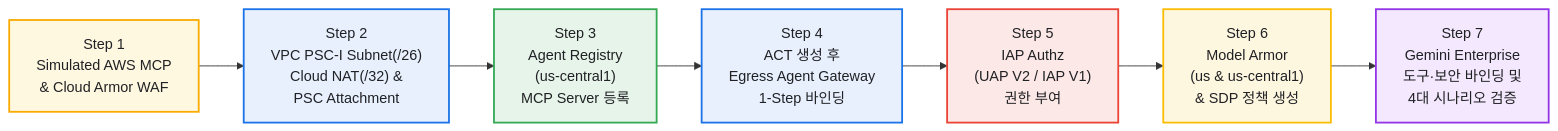
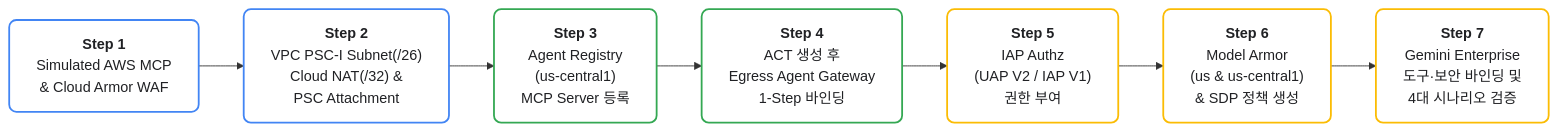
The second of 4 diagrams in docs/CONSOLE_UI_CLICK_BY_CLICK_GUIDE_KR.md (rhkim77/ge-agent-gateway-mcp), drawn with Mermaid before and after one commit. The commit also changed other lines of this file and 31 other files, not shown here.

Commit message:
feat(diagrams): upgrade all repository and Qwiklabs diagrams to Official GCP Standard Style (SVG, 2x Retina PNG, Draw.io XML, and Mermaid)

````diff
--- a/docs/CONSOLE_UI_CLICK_BY_CLICK_GUIDE_KR.md
+++ b/docs/CONSOLE_UI_CLICK_BY_CLICK_GUIDE_KR.md
@@ -72,17 +82,13 @@
 ```mermaid
 flowchart LR
-    S1["Step 1<br/>Simulated AWS MCP<br/>& Cloud Armor WAF"] --> S2["Step 2<br/>VPC PSC-I Subnet(/26)<br/>Cloud NAT(/32) &<br/>PSC Attachment"]
-    S2 --> S3["Step 3<br/>Agent Registry<br/>(us-central1)<br/>MCP Server 등록"]
-    S3 --> S4["Step 4<br/>ACT 생성 후<br/>Egress Agent Gateway<br/>1-Step 바인딩"]
-    S4 --> S5["Step 5<br/>IAP Authz<br/>(UAP V2 / IAP V1)<br/>권한 부여"]
-    S5 --> S6["Step 6<br/>Model Armor<br/>(us & us-central1)<br/>& SDP 정책 생성"]
-    S6 --> S7["Step 7<br/>Gemini Enterprise<br/>도구·보안 바인딩 및<br/>4대 시나리오 검증"]
+    classDef p1Card fill:#FFFFFF,stroke:#4285F4,stroke-width:2px,color:#202124,rx:8px,ry:8px
+    classDef p2Card fill:#FFFFFF,stroke:#34A853,stroke-width:2px,color:#202124,rx:8px,ry:8px
+    classDef p3Card fill:#FFFFFF,stroke:#FBBC04,stroke-width:2px,color:#202124,rx:8px,ry:8px
 
-    style S1 fill:#FFF8E1,stroke:#F9AB00,stroke-width:2px,color:#202124
-    style S2 fill:#E8F0FE,stroke:#1A73E8,stroke-width:2px,color:#202124
-    style S3 fill:#E6F4EA,stroke:#34A853,stroke-width:2px,color:#202124
-    style S4 fill:#E8F0FE,stroke:#1A73E8,stroke-width:2px,color:#202124
-    style S5 fill:#FCE8E6,stroke:#EA4335,stroke-width:2px,color:#202124
-    style S6 fill:#FEF7E0,stroke:#FBBC04,stroke-width:2px,color:#202124
-    style S7 fill:#F3E8FD,stroke:#9334E6,stroke-width:2px,color:#202124
+    S1["<b>Step 1</b><br/>Simulated AWS MCP<br/>& Cloud Armor WAF"]:::p1Card --> S2["<b>Step 2</b><br/>VPC PSC-I Subnet(/26)<br/>Cloud NAT(/32) &<br/>PSC Attachment"]:::p1Card
+    S2 --> S3["<b>Step 3</b><br/>Agent Registry<br/>(us-central1)<br/>MCP Server 등록"]:::p2Card
+    S3 --> S4["<b>Step 4</b><br/>ACT 생성 후<br/>Egress Agent Gateway<br/>1-Step 바인딩"]:::p2Card
+    S4 --> S5["<b>Step 5</b><br/>IAP Authz<br/>(UAP V2 / IAP V1)<br/>권한 부여"]:::p3Card
+    S5 --> S6["<b>Step 6</b><br/>Model Armor<br/>(us & us-central1)<br/>& SDP 정책 생성"]:::p3Card
+    S6 --> S7["<b>Step 7</b><br/>Gemini Enterprise<br/>도구·보안 바인딩 및<br/>4대 시나리오 검증"]:::p3Card
 ```
````
